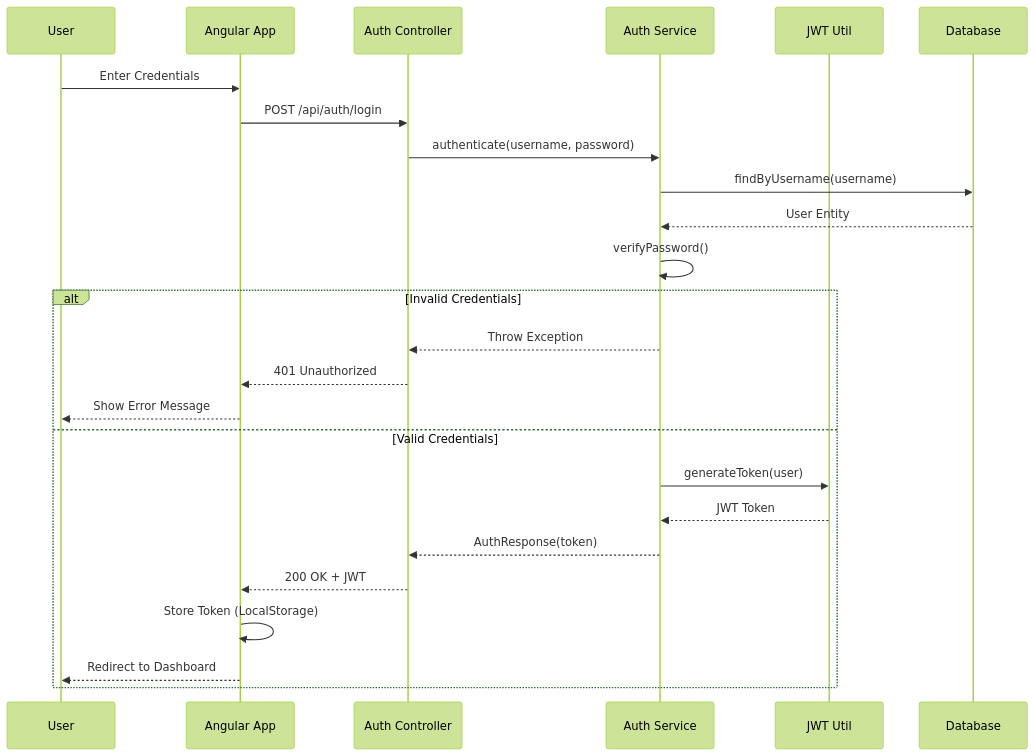
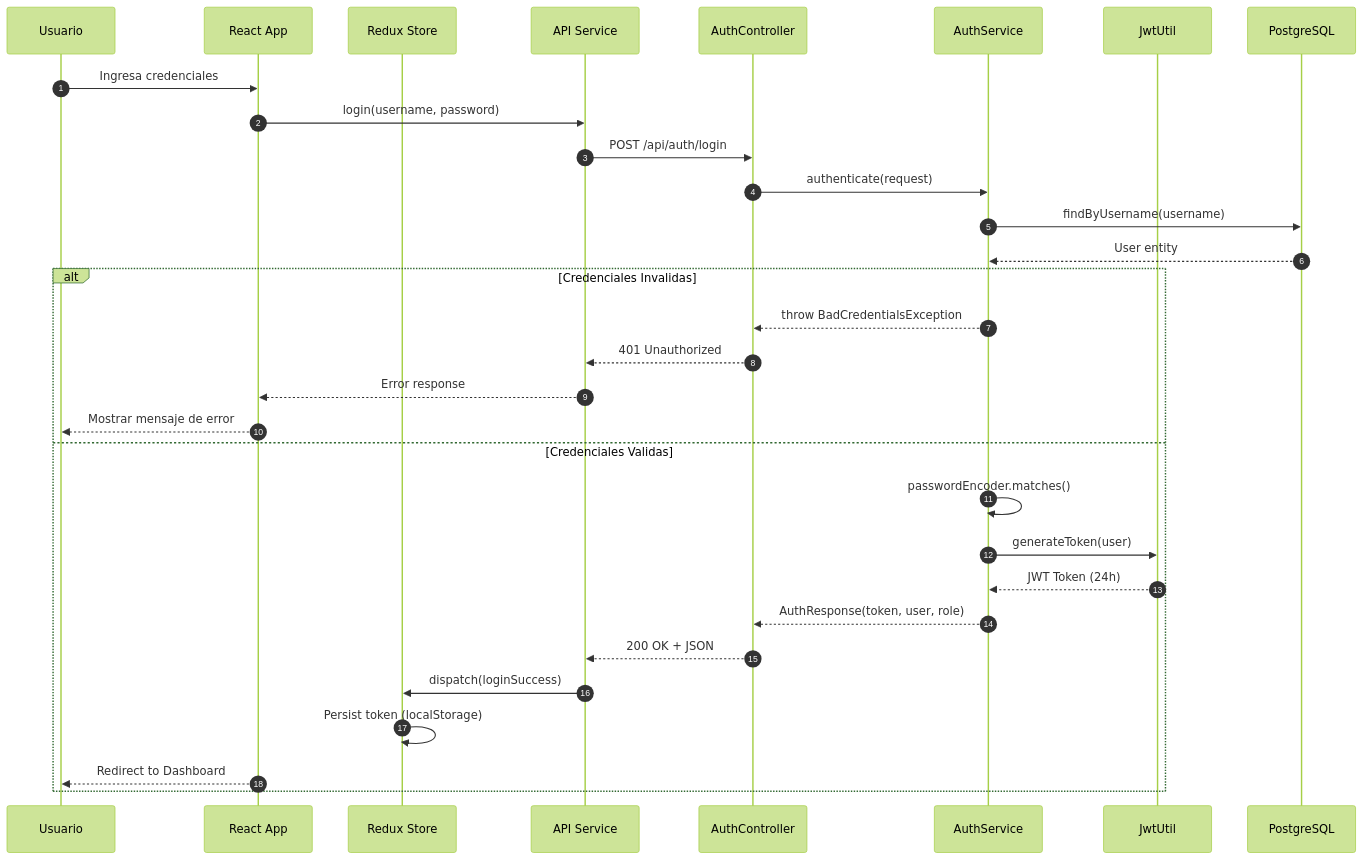
Before and after one commit to Yonsn76/hospital-system-java: the first of 5 diagrams in diagrams/sequence_auth.md, drawn with Mermaid (forest theme). The commit also changed other lines of this file and 4 other files, not shown here.

Commit message:
docs: agregar licencia MIT y actualizar diagramas de arquitectura

````diff
--- a/diagrams/sequence_auth.md
+++ b/diagrams/sequence_auth.md
@@ -3,29 +12,35 @@
 ```mermaid
 sequenceDiagram
-    participant User
-    participant Angular as Angular App
-    participant AuthCtrl as Auth Controller
-    participant AuthService as Auth Service
-    participant JWT as JWT Util
-    participant DB as Database
+    autonumber
+    participant User as Usuario
+    participant React as React App
+    participant Redux as Redux Store
+    participant API as API Service
+    participant Auth as AuthController
+    participant Service as AuthService
+    participant JWT as JwtUtil
+    participant DB as PostgreSQL
 
-    User->>Angular: Enter Credentials
-    Angular->>AuthCtrl: POST /api/auth/login
-    AuthCtrl->>AuthService: authenticate(username, password)
-    AuthService->>DB: findByUsername(username)
-    DB-->>AuthService: User Entity
-    AuthService->>AuthService: verifyPassword()
+    User->>React: Ingresa credenciales
+    React->>API: login(username, password)
+    API->>Auth: POST /api/auth/login
+    Auth->>Service: authenticate(request)
+    Service->>DB: findByUsername(username)
+    DB-->>Service: User entity
     
-    alt Invalid Credentials
-        AuthService-->>AuthCtrl: Throw Exception
-        AuthCtrl-->>Angular: 401 Unauthorized
-        Angular-->>User: Show Error Message
-    else Valid Credentials
-        AuthService->>JWT: generateToken(user)
-        JWT-->>AuthService: JWT Token
-        AuthService-->>AuthCtrl: AuthResponse(token)
-        AuthCtrl-->>Angular: 200 OK + JWT
-        Angular->>Angular: Store Token (LocalStorage)
-        Angular-->>User: Redirect to Dashboard
+    alt Credenciales Invalidas
+        Service-->>Auth: throw BadCredentialsException
+        Auth-->>API: 401 Unauthorized
+        API-->>React: Error response
+        React-->>User: Mostrar mensaje de error
+    else Credenciales Validas
+        Service->>Service: passwordEncoder.matches()
+        Service->>JWT: generateToken(user)
+        JWT-->>Service: JWT Token (24h)
+        Service-->>Auth: AuthResponse(token, user, role)
+        Auth-->>API: 200 OK + JSON
+        API->>Redux: dispatch(loginSuccess)
+        Redux->>Redux: Persist token (localStorage)
+        React-->>User: Redirect to Dashboard
     end
 ```
````
